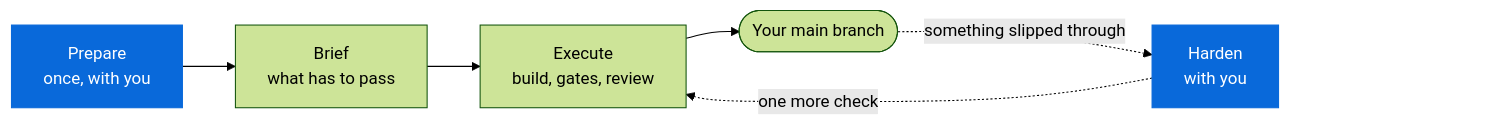
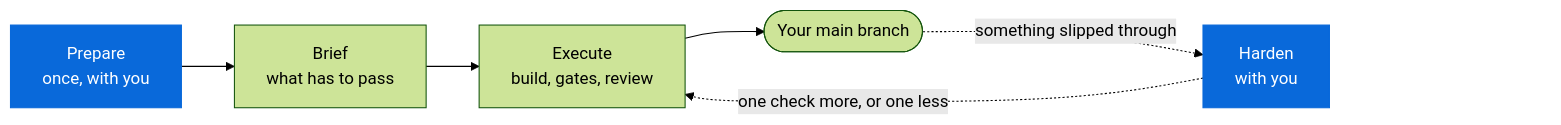
One commit to MarsGotta/gdd changed the first of 4 diagrams in skills/README.md. Above: the diagram before and after it, drawn with Mermaid (forest theme). The commit also changed other lines of this file and 19 other files, not shown here.

````diff
--- a/skills/README.md
+++ b/skills/README.md
@@ -11,19 +11,19 @@
 ```mermaid
 flowchart LR
     accTitle: The four moments of GDD
-    accDescr: Prepare happens once, with you. Every change goes through Brief and Execute before it reaches your main branch. When something slips through, Harden adds one more check, which every later change in that zone has to pass.
+    accDescr: Prepare happens once, with you. Every change goes through Brief and Execute before it reaches your main branch. When something slips through, Harden adds one more check, which every later change in that zone has to pass, and when a gate no longer adds anything, it proposes relaxing or retiring it.
     P["Prepare<br/>once, with you"]
     B["Brief<br/>what has to pass"]
     E["Execute<br/>build, gates, review"]
     M(["Your main branch"])
     H["Harden<br/>with you"]
     P --> B --> E --> M
     M -. "something slipped through" .-> H
-    H -. "one more check" .-> E
+    H -. "one check more, or one less" .-> E
     %% An empty node keeps the right side free: GitHub draws its zoom buttons there
     H ~~~ Z["zoom buttons"]
     classDef you fill:#0969da,stroke:#0969da,color:#ffffff
     classDef room fill:none,stroke:none,color:transparent
     class P,H you
     class Z room
 ```
````
